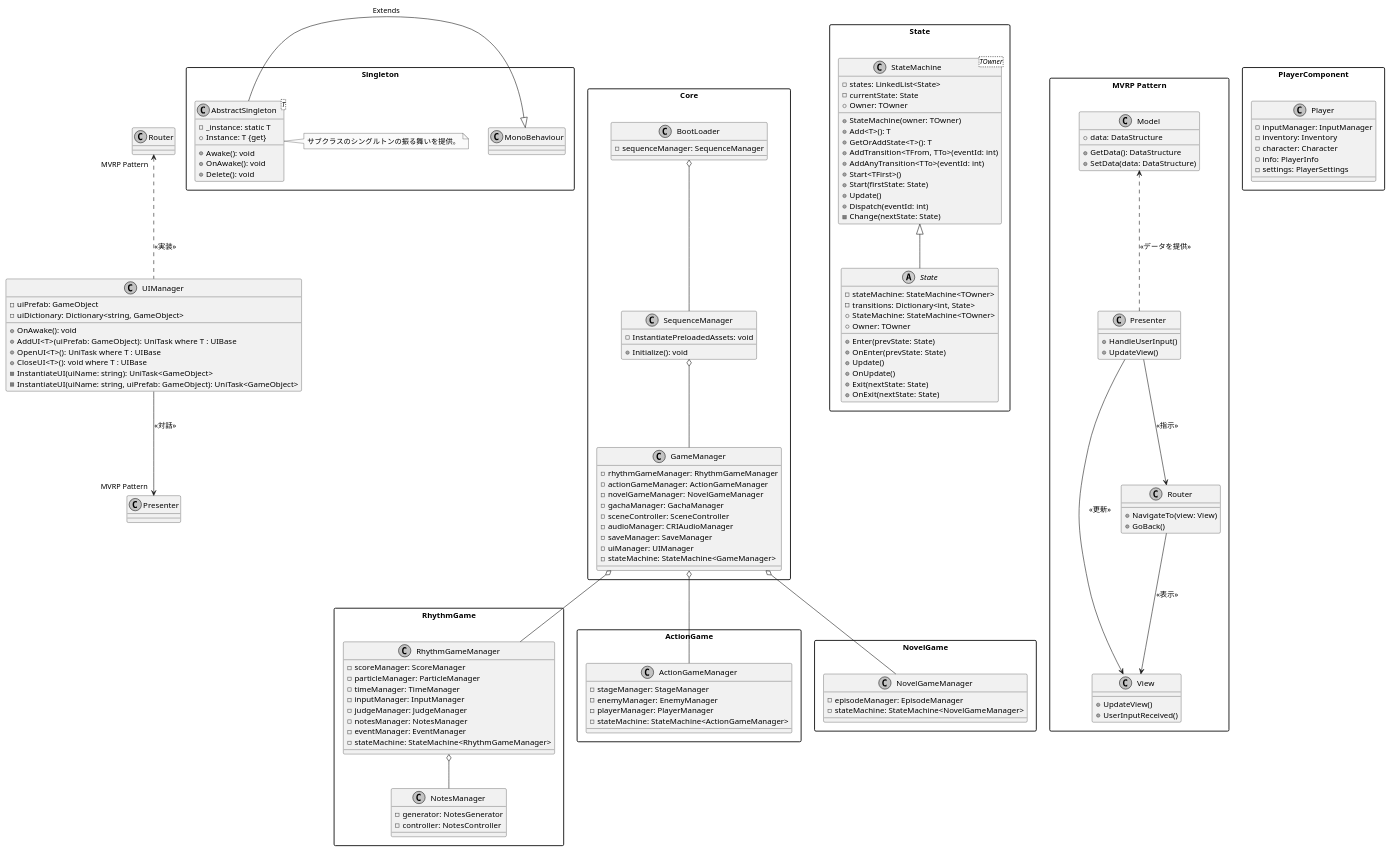
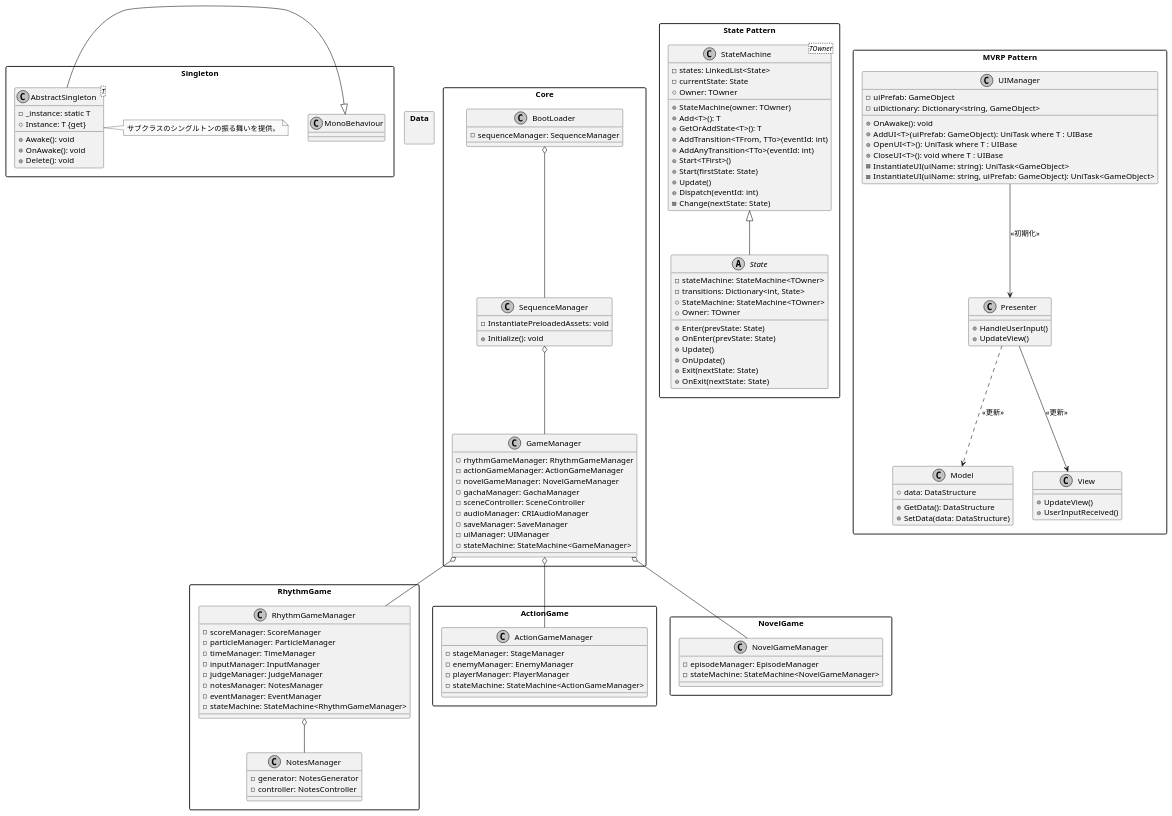
The first of 2 diagrams in Assets/ChronicleDimensionProject/ClassTree/ClassTree.puml (Hikanyan/ChronicleDimension), drawn with PlantUML before and after one commit. The commit also changed other lines of this file and 26 other files, not shown here.

```diff
--- a/Assets/ChronicleDimensionProject/ClassTree/ClassTree.puml
+++ b/Assets/ChronicleDimensionProject/ClassTree/ClassTree.puml
@@ -1,178 +1,170 @@
 @startuml
 
 skinparam packageStyle rect
 skinparam monochrome true
 
 package Core {
     class BootLoader {
         -sequenceManager: SequenceManager
     }
 
     class SequenceManager {
         +Initialize(): void
         -InstantiatePreloadedAssets: void
     }
 
     class GameManager {
         -rhythmGameManager: RhythmGameManager
         -actionGameManager: ActionGameManager
         -novelGameManager: NovelGameManager
         -gachaManager: GachaManager
         -sceneController: SceneController
         -audioManager: CRIAudioManager
         -saveManager: SaveManager
         -uiManager: UIManager
         -stateMachine: StateMachine<GameManager>
     }
 
     BootLoader o-- SequenceManager
     SequenceManager o-- GameManager
 }
 
 package Singleton {
     class AbstractSingleton<T> {
         -_instance: static T
         +Instance: T {get}
         +Awake(): void
         +OnAwake(): void
         +Delete(): void
     }
 
     class MonoBehaviour {
         ' UnityのMonoBehaviour
     }
 
-    AbstractSingleton -|> MonoBehaviour: Extends
+    AbstractSingleton -|> MonoBehaviour
     note right of AbstractSingleton
       サブクラスのシングルトンの振る舞いを提供。
     end note
 }
 
-package State {
+package "State Pattern" {
     class StateMachine<TOwner> {
         -states: LinkedList<State>
         -currentState: State
         +Owner: TOwner
         +StateMachine(owner: TOwner)
         +Add<T>(): T
         +GetOrAddState<T>(): T
         +AddTransition<TFrom, TTo>(eventId: int)
         +AddAnyTransition<TTo>(eventId: int)
         +Start<TFirst>()
         +Start(firstState: State)
         +Update()
         +Dispatch(eventId: int)
         -Change(nextState: State)
     }
 
     abstract class State {
         -stateMachine: StateMachine<TOwner>
         -transitions: Dictionary<int, State>
         +StateMachine: StateMachine<TOwner>
         +Owner: TOwner
         +Enter(prevState: State)
         +OnEnter(prevState: State)
         +Update()
         +OnUpdate()
         +Exit(nextState: State)
         +OnExit(nextState: State)
     }
 
     StateMachine <|-- State
 }
 
 package "MVRP Pattern" {
+    class UIManager {
+        -uiPrefab: GameObject
+        -uiDictionary: Dictionary<string, GameObject>
+        
+        +OnAwake(): void
+        +AddUI<T>(uiPrefab: GameObject): UniTask where T : UIBase
+        +OpenUI<T>(): UniTask where T : UIBase
+        +CloseUI<T>(): void where T : UIBase
+        -InstantiateUI(uiName: string): UniTask<GameObject>
+        -InstantiateUI(uiName: string, uiPrefab: GameObject): UniTask<GameObject>
+    }
+
     class Model {
         +data: DataStructure
         +GetData(): DataStructure
         +SetData(data: DataStructure)
     }
 
     class View {
         +UpdateView()
         +UserInputReceived()
     }
 
-    class Router {
-        +NavigateTo(view: View)
-        +GoBack()
-    }
+
 
     class Presenter {
         +HandleUserInput()
         +UpdateView()
     }
 
-    Model <.. Presenter : <<データを提供>>
-    Presenter --> View : <<更新>>
-    Presenter --> Router : <<指示>>
-    Router --> View : <<表示>>
+    UIManager -down-> Presenter : <<初期化>>
+    Presenter -down-> View : <<更新>>
+    Presenter .down.> Model : <<更新>>
+     
+    
 }
 
-class UIManager {
-    -uiPrefab: GameObject
-    -uiDictionary: Dictionary<string, GameObject>
-    
-    +OnAwake(): void
-    +AddUI<T>(uiPrefab: GameObject): UniTask where T : UIBase
-    +OpenUI<T>(): UniTask where T : UIBase
-    +CloseUI<T>(): void where T : UIBase
-    -InstantiateUI(uiName: string): UniTask<GameObject>
-    -InstantiateUI(uiName: string, uiPrefab: GameObject): UniTask<GameObject>
-}
 
-UIManager .up.> "MVRP Pattern".Router : <<実装>>
-UIManager --> "MVRP Pattern".Presenter : <<対話>>
+
 
 package RhythmGame {
     class RhythmGameManager {
         -scoreManager: ScoreManager
         -particleManager: ParticleManager
         -timeManager: TimeManager
         -inputManager: InputManager
         -judgeManager: JudgeManager
         -notesManager: NotesManager
         -eventManager: EventManager
         -stateMachine: StateMachine<RhythmGameManager>
     }
 
     class NotesManager {
         -generator: NotesGenerator
         -controller: NotesController
     }
 
     GameManager o-- RhythmGameManager
     RhythmGameManager o-- NotesManager
 }
 
 package ActionGame {
     class ActionGameManager {
         -stageManager: StageManager
         -enemyManager: EnemyManager
         -playerManager: PlayerManager
         -stateMachine: StateMachine<ActionGameManager>
     }
 
     GameManager o-- ActionGameManager
 }
 
 package NovelGame {
     class NovelGameManager {
         -episodeManager: EpisodeManager
         -stateMachine: StateMachine<NovelGameManager>
     }
 
     GameManager o-- NovelGameManager
 }
 
-package PlayerComponent {
-    class Player {
-        -inputManager: InputManager
-        -inventory: Inventory
-        -character: Character
-        -info: PlayerInfo
-        -settings: PlayerSettings
-    }
+package Data {
+    
 }
 
 @enduml
```
